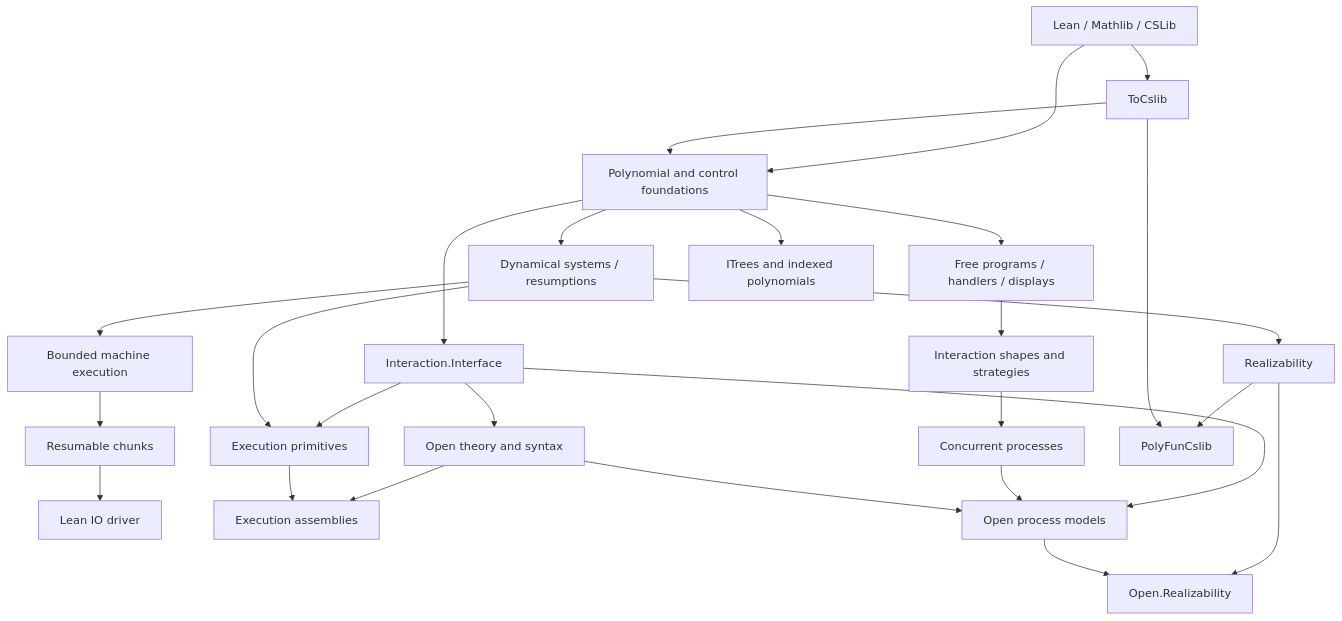
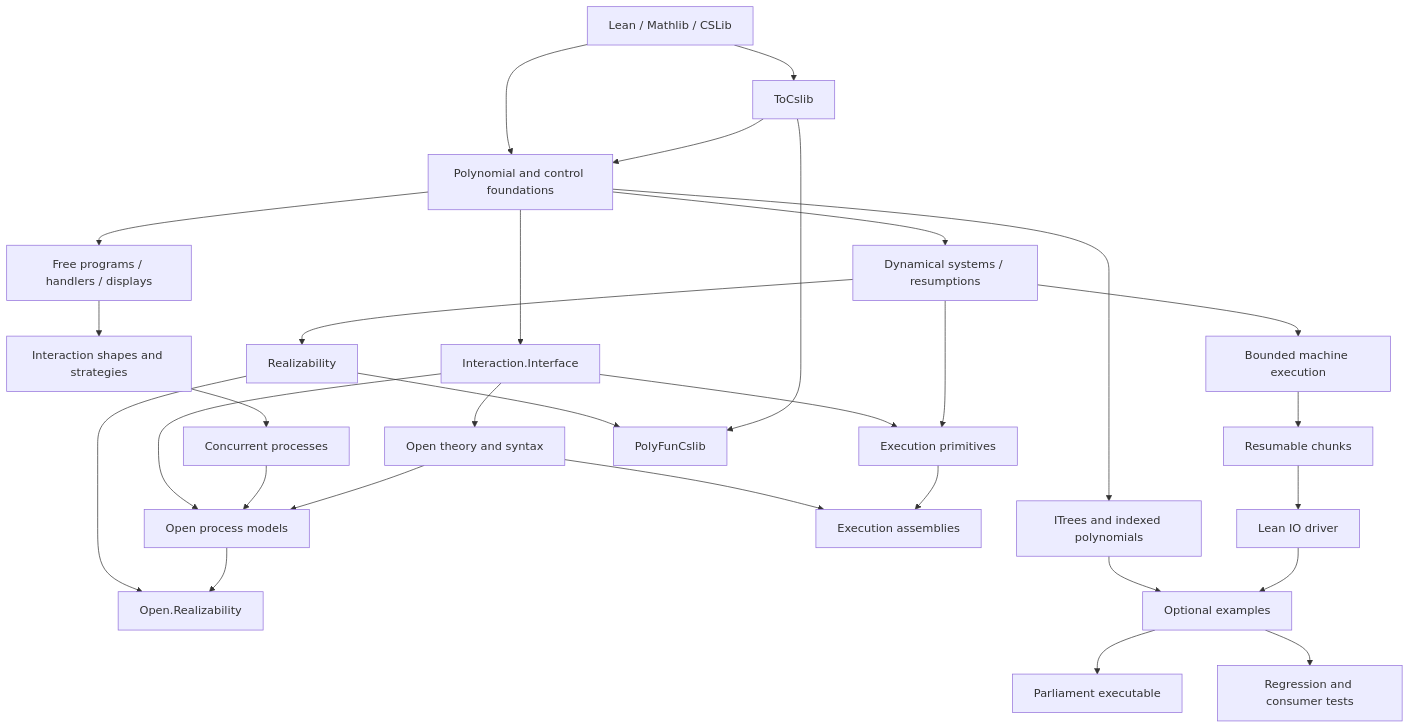
One commit to Verified-zkEVM/PolyFun changed the diagram in docs/reference/repo-map.md. Above: the diagram before and after it, drawn with Mermaid. The commit also changed other lines of this file and 62 other files, not shown here.

First line of the commit message:
feat(examples): add executable Parliament case study (#236)

````diff
--- a/docs/reference/repo-map.md
+++ b/docs/reference/repo-map.md
@@ -46,28 +51,32 @@
 ```mermaid
 flowchart TD
   U[Lean / Mathlib / CSLib] --> T[ToCslib]
   U --> P[Polynomial and control foundations]
   T --> P
   P --> F[Free programs / handlers / displays]
   P --> D[Dynamical systems / resumptions]
   D --> BD[Bounded machine execution]
   BD --> RC[Resumable chunks]
   RC --> IO[Lean IO driver]
   P --> I[ITrees and indexed polynomials]
   F --> S[Interaction shapes and strategies]
   S --> C[Concurrent processes]
   P --> B[Interaction.Interface]
   B --> O[Open theory and syntax]
   B --> E[Execution primitives]
   D --> E
   O --> A[Execution assemblies]
   E --> A
   B --> OP[Open process models]
   C --> OP
   O --> OP
   D --> R[Realizability]
   R --> OR[Open.Realizability]
   OP --> OR
   R --> AD[PolyFunCslib]
   T --> AD
+  I --> EX[Optional examples]
+  IO --> EX
+  EX --> CLI[Parliament executable]
+  EX --> TEST[Regression and consumer tests]
 ```
````
